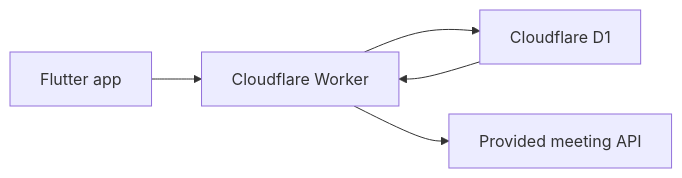
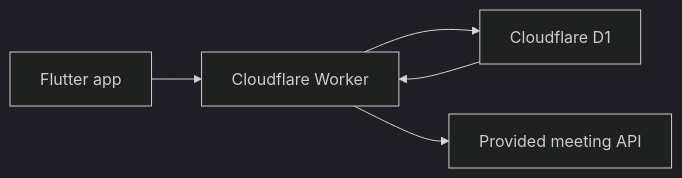
Before and after one commit to maharudraabhishek/chime_meeting_demo: the ninth of 10 diagrams in README.md, drawn with Mermaid. The commit also changed other lines of this file and 6 other files, not shown here.

````diff
--- a/README.md
+++ b/README.md
@@ -574,7 +672,8 @@
 ```mermaid
-flowchart LR
-    A[Flutter app] --> B[Cloudflare Worker]
-    B --> C[Cloudflare D1]
-    C --> B
-    B --> D[Provided meeting API]
+%%{init: {"theme":"dark","darkMode":true}}%%
+graph LR;
+    A[Flutter app] --> B[Cloudflare Worker];
+    B --> C[Cloudflare D1];
+    C --> B;
+    B --> D[Provided meeting API];
 ```
````
